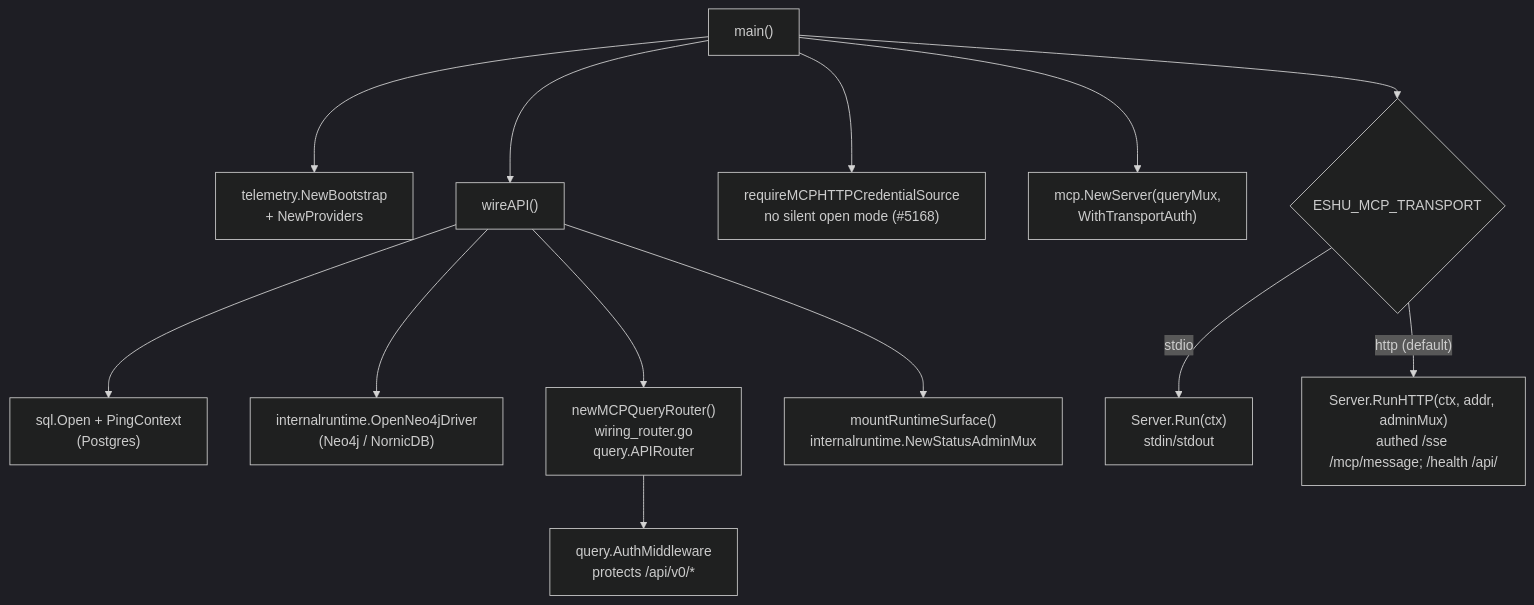
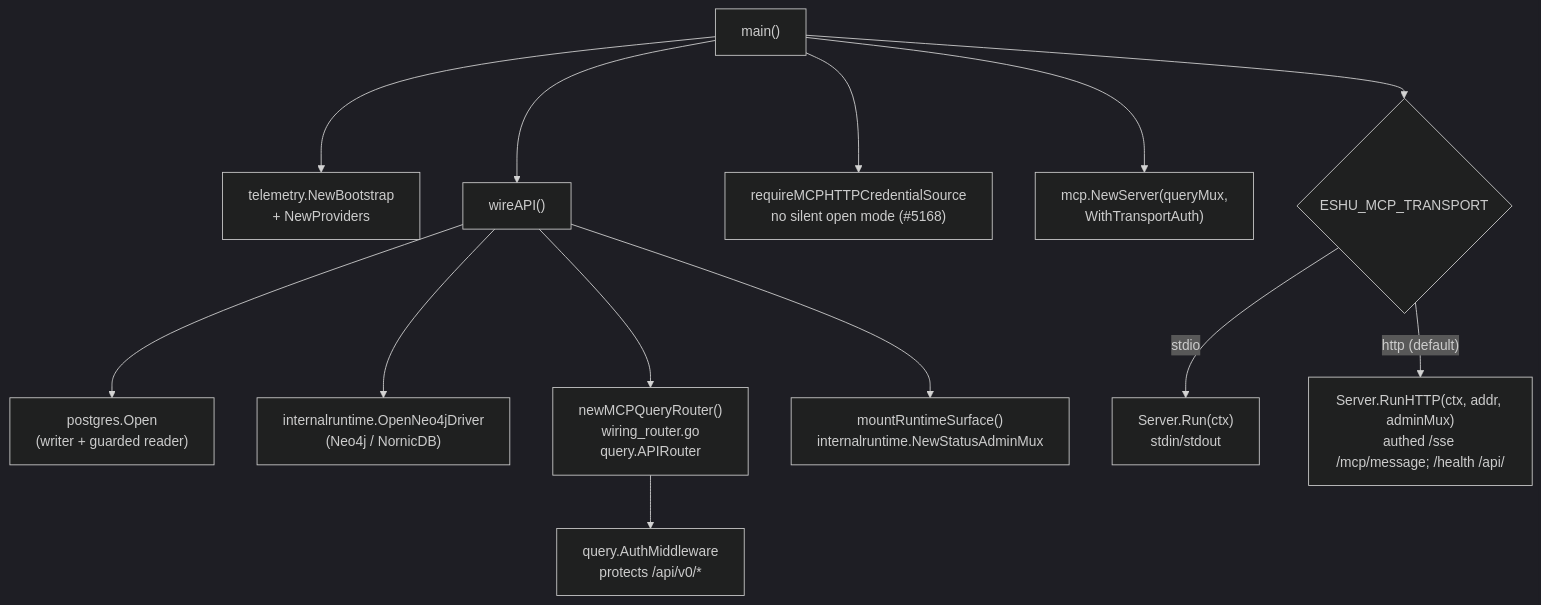
The second of 2 diagrams in go/cmd/mcp-server/README.md (eshu-hq/eshu), drawn with Mermaid (dark theme) before and after one commit. The commit also changed other lines of this file and 225 other files, not shown here.

Commit message:
Route API and MCP PostgreSQL reads through guarded pools

````diff
--- a/go/cmd/mcp-server/README.md
+++ b/go/cmd/mcp-server/README.md
@@ -33,29 +33,29 @@
 ```mermaid
 flowchart TB
     main["main()"]
     tel["telemetry.NewBootstrap\n+ NewProviders"]
     wire["wireAPI()"]
-    pg["sql.Open + PingContext\n(Postgres)"]
+    pg["postgres.Open\n(writer + guarded reader)"]
     neo4j["internalruntime.OpenNeo4jDriver\n(Neo4j / NornicDB)"]
     router["newMCPQueryRouter()\nwiring_router.go\nquery.APIRouter"]
     auth["query.AuthMiddleware\nprotects /api/v0/*"]
     admin["mountRuntimeSurface()\ninternalruntime.NewStatusAdminMux"]
     gate["requireMCPHTTPCredentialSource\nno silent open mode (#5168)"]
     srv["mcp.NewServer(queryMux,\nWithTransportAuth)"]
     transport{ESHU_MCP_TRANSPORT}
     stdio["Server.Run(ctx)\nstdin/stdout"]
     http["Server.RunHTTP(ctx, addr, adminMux)\nauthed /sse /mcp/message; /health /api/"]
 
     main --> tel
     main --> wire
     wire --> pg
     wire --> neo4j
     wire --> router
     router --> auth
     wire --> admin
     main --> gate
     main --> srv
     main --> transport
     transport -->|"stdio"| stdio
     transport -->|"http (default)"| http
 ```
````
